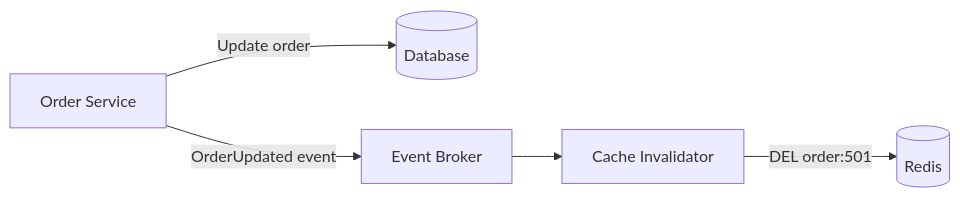
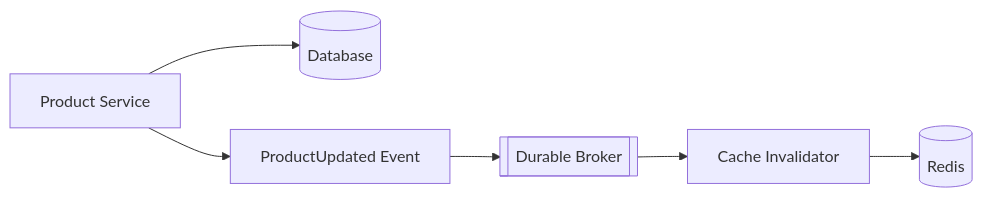
The fifth of 7 diagrams in src/content/caching/cache-invalidation.md (AvadhBhalodiya/Interview-Preparation), drawn with Mermaid before and after one commit. The commit also changed other lines of this file and 54 other files, not shown here.

````diff
--- a/src/content/caching/cache-invalidation.md
+++ b/src/content/caching/cache-invalidation.md
@@ -257,7 +285,8 @@
 ```mermaid
 flowchart LR
-    A[Order Service] -->|Update order| B[(Database)]
-    A -->|OrderUpdated event| C[Event Broker]
-    C --> D[Cache Invalidator]
-    D -->|DEL order:501| E[(Redis)]
+    A[Product Service] --> B[(Database)]
+    A --> C[ProductUpdated Event]
+    C --> D[[Durable Broker]]
+    D --> E[Cache Invalidator]
+    E --> F[(Redis)]
 ```
````
